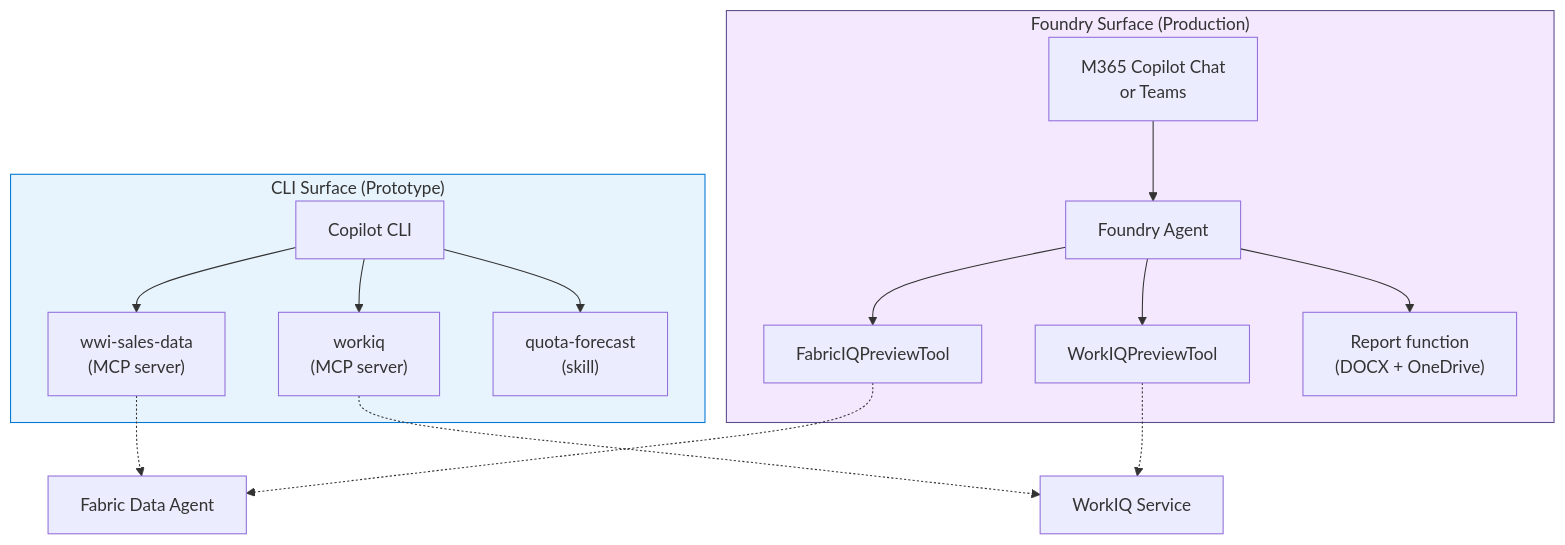
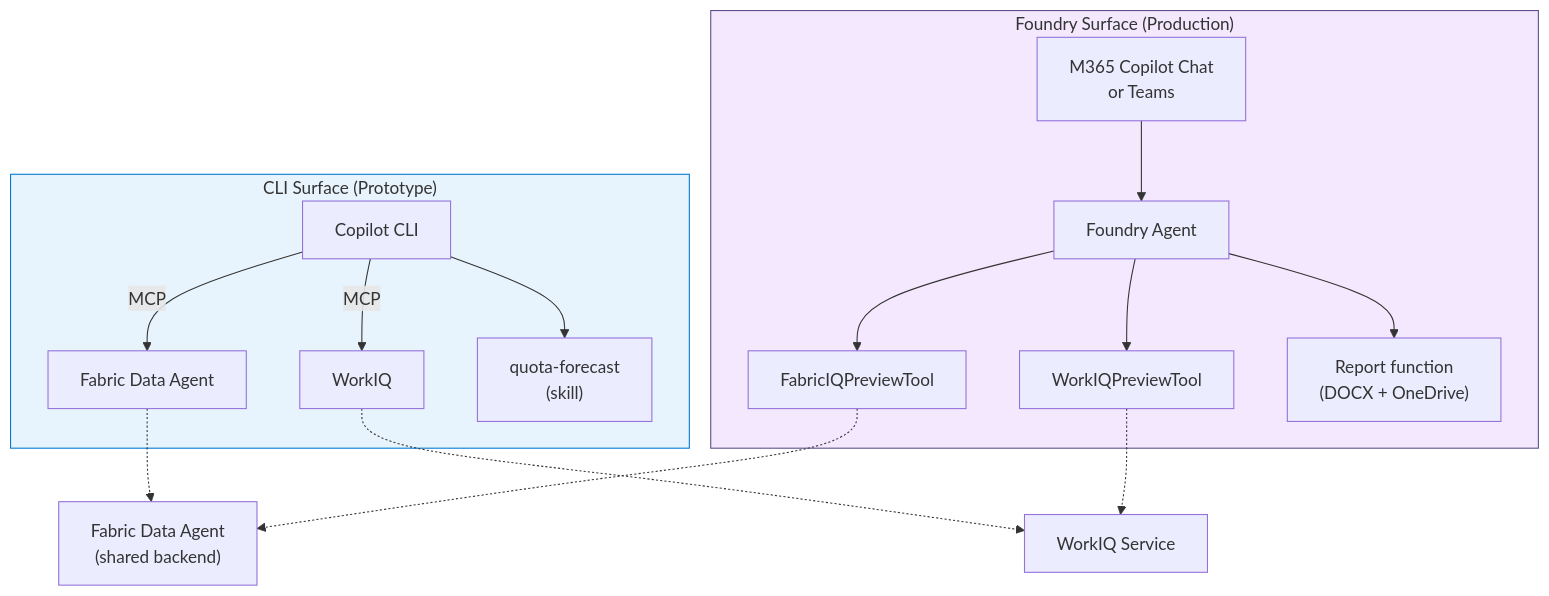
Before and after one commit to ericchansen/agent-demo-dev: the diagram in website/docs/journey/ship-it.md, drawn with Mermaid. The commit also changed 4 other files, not shown here.

First line of the commit message:
fix: clean up diagram labels across all docs

````diff
--- a/website/docs/journey/ship-it.md
+++ b/website/docs/journey/ship-it.md
@@ -16,23 +16,23 @@
 ```mermaid
 flowchart TD
     subgraph CLI["CLI Surface (Prototype)"]
-        CopilotCLI["Copilot CLI"] --> MCP1["wwi-sales-data\n(MCP server)"]
-        CopilotCLI --> MCP2["workiq\n(MCP server)"]
+        CopilotCLI["Copilot CLI"] -->|MCP| CLI_FDA["Fabric Data Agent"]
+        CopilotCLI -->|MCP| CLI_WIQ["WorkIQ"]
         CopilotCLI --> Skill["quota-forecast\n(skill)"]
     end
 
     subgraph M365["Foundry Surface (Production)"]
         M365Chat["M365 Copilot Chat\nor Teams"] --> Foundry["Foundry Agent"]
         Foundry --> FIQ["FabricIQPreviewTool"]
         Foundry --> WIQT["WorkIQPreviewTool"]
         Foundry --> Func["Report function\n(DOCX + OneDrive)"]
     end
 
-    MCP1 -.-> DA["Fabric Data Agent"]
+    CLI_FDA -.-> DA["Fabric Data Agent\n(shared backend)"]
     FIQ -.-> DA
-    MCP2 -.-> WIQ["WorkIQ Service"]
+    CLI_WIQ -.-> WIQ["WorkIQ Service"]
     WIQT -.-> WIQ
 
     style CLI fill:#e8f4fd,stroke:#0078d4
     style M365 fill:#f3e8fd,stroke:#5B4B8A
 ```
````
